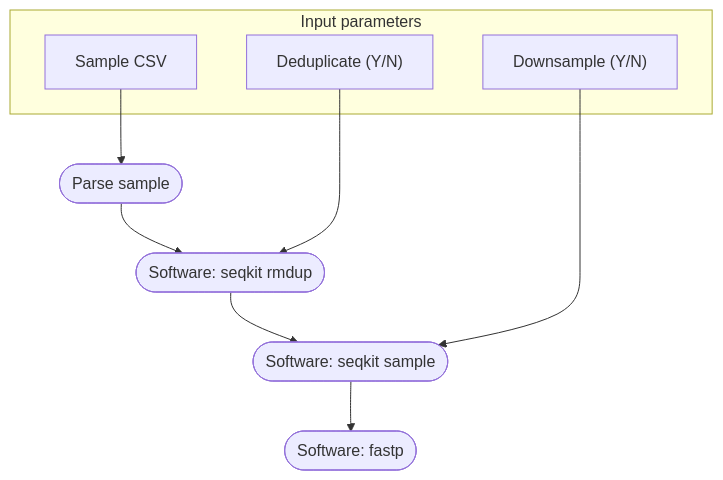
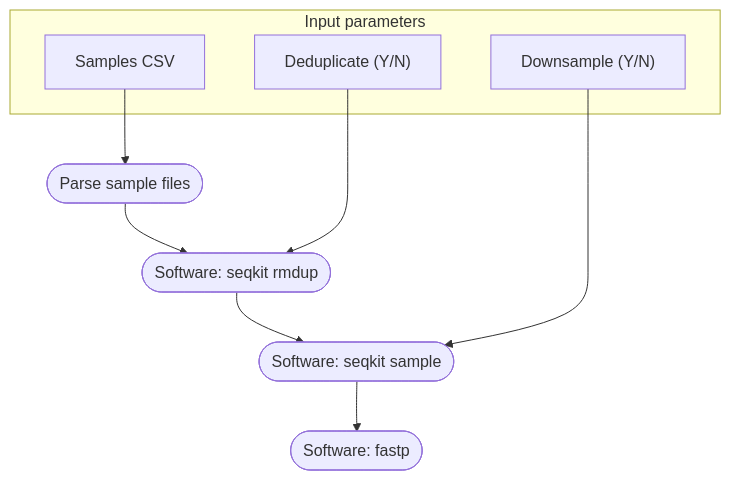
One commit to EcoEvoGenomics/genotyping_pipeline changed the diagram in README.md. Above: the diagram before and after it, drawn with Mermaid.

Commit message:
Amend 391fe53

````diff
--- a/README.md
+++ b/README.md
@@ -54,18 +54,18 @@
 ```mermaid
 flowchart TB
    subgraph "Input parameters"
    v7["Downsample (Y/N)"]
    v4["Deduplicate (Y/N)"]
-   v0["Sample CSV"]
+   v0["Samples CSV"]
    end
-   v2(["Parse sample"])
+   v2(["Parse sample files"])
    v5(["Software: seqkit rmdup"])
    v8(["Software: seqkit sample"])
    v10(["Software: fastp"])
    v0 --> v2
    v2 --> v5
    v5 --> v8
    v8 --> v10
    v4 --> v5
    v7 --> v8
 ```
````
